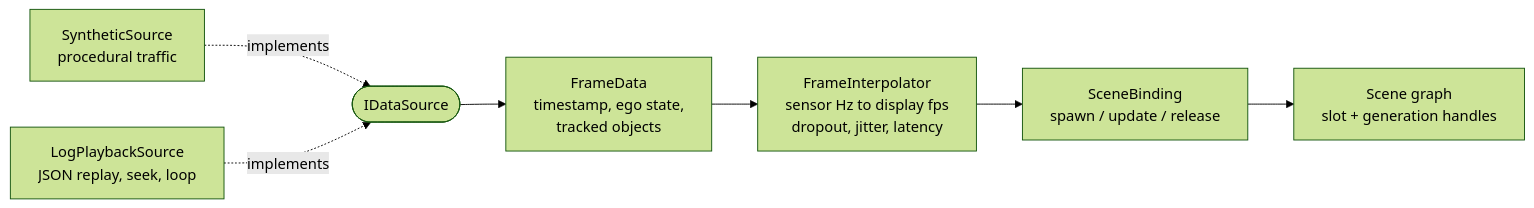
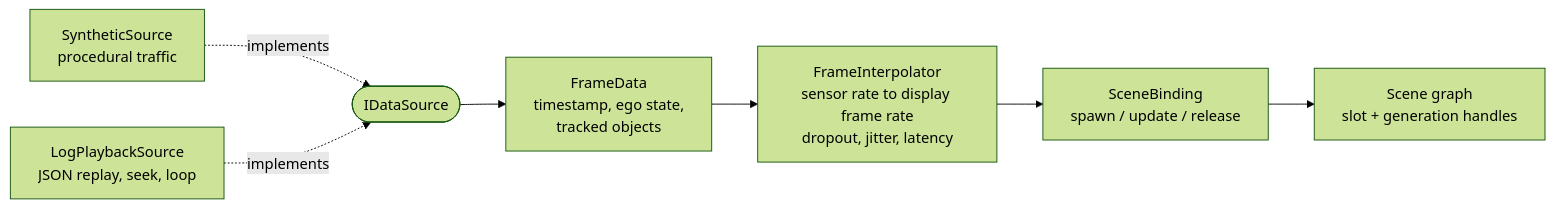
One commit to j-jiwon/ZNEngine changed the first of 2 diagrams in Docs/CASE_STUDY.md. Above: the diagram before and after it, drawn with Mermaid (forest theme). The commit also changed other lines of this file and 4 other files, not shown here.

````diff
--- a/Docs/CASE_STUDY.md
+++ b/Docs/CASE_STUDY.md
@@ -32,14 +33,14 @@
 ```mermaid
 flowchart LR
     SS["SyntheticSource<br/>procedural traffic"]
     LP["LogPlaybackSource<br/>JSON replay, seek, loop"]
     IDS(["IDataSource"])
     FD["FrameData<br/>timestamp, ego state,<br/>tracked objects"]
-    FI["FrameInterpolator<br/>sensor Hz to display fps<br/>dropout, jitter, latency"]
+    FI["FrameInterpolator<br/>sensor rate to display frame rate<br/>dropout, jitter, latency"]
     SB["SceneBinding<br/>spawn / update / release"]
     SG["Scene graph<br/>slot + generation handles"]
 
     SS -. implements .-> IDS
     LP -. implements .-> IDS
     IDS --> FD --> FI --> SB --> SG
 ```
````
